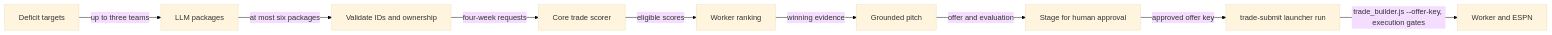
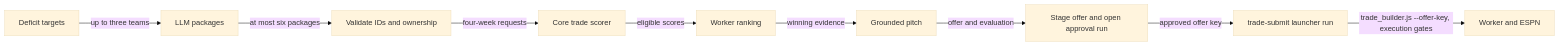
One commit to cvillarr23/fantasy-core-pipeline changed the first of 2 diagrams in docs/decision-pipelines/outgoing-trades.md. Above: the diagram before and after it, drawn with Mermaid (base theme). The commit also changed other lines of this file and 14 other files, not shown here.

````diff
--- a/docs/decision-pipelines/outgoing-trades.md
+++ b/docs/decision-pipelines/outgoing-trades.md
@@ -9,11 +9,11 @@
 ```mermaid
 flowchart LR
     D[Deficit targets] -->|up to three teams| L[LLM packages]
     L -->|at most six packages| V[Validate IDs and ownership]
     V -->|four-week requests| S[Core trade scorer]
     S -->|eligible scores| R[Worker ranking]
     R -->|winning evidence| P[Grounded pitch]
-    P -->|offer and evaluation| A[Stage for human approval]
+    P -->|offer and evaluation| A[Stage offer and open approval run]
     A -->|approved offer key| Q[trade-submit launcher run]
     Q -->|trade_builder.js --offer-key, execution gates| W[Worker and ESPN]
 ```
````
